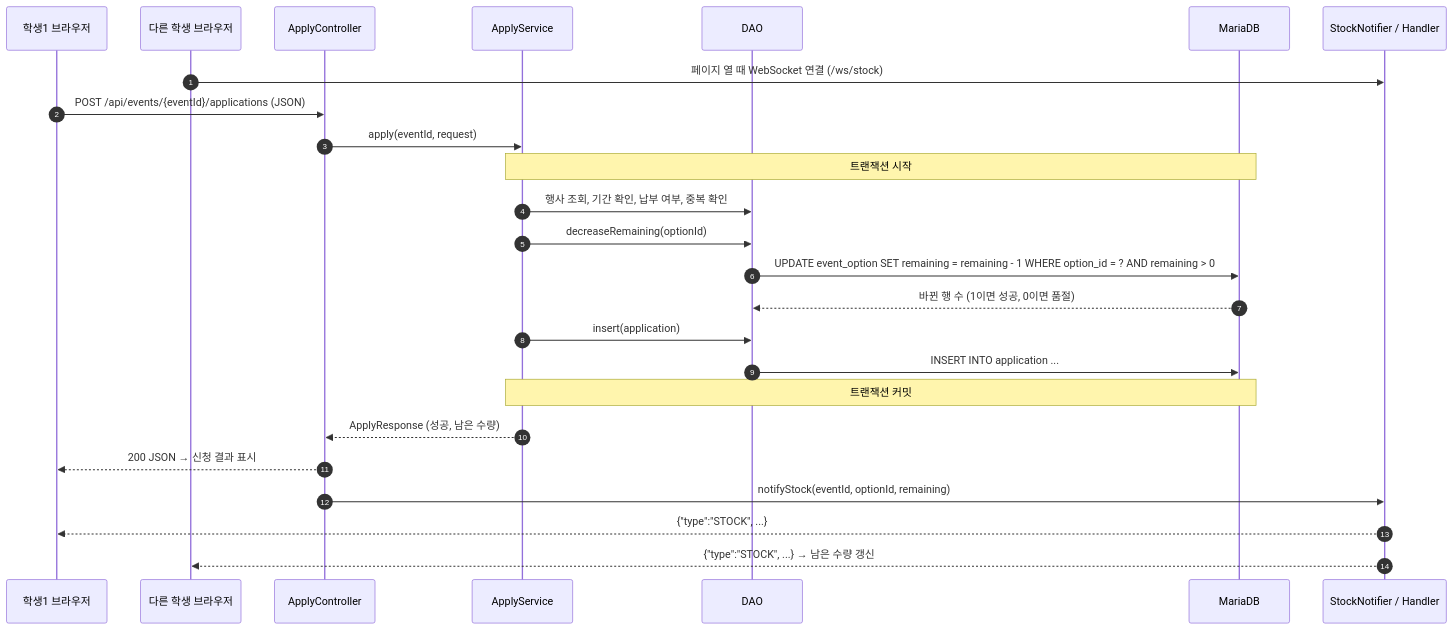
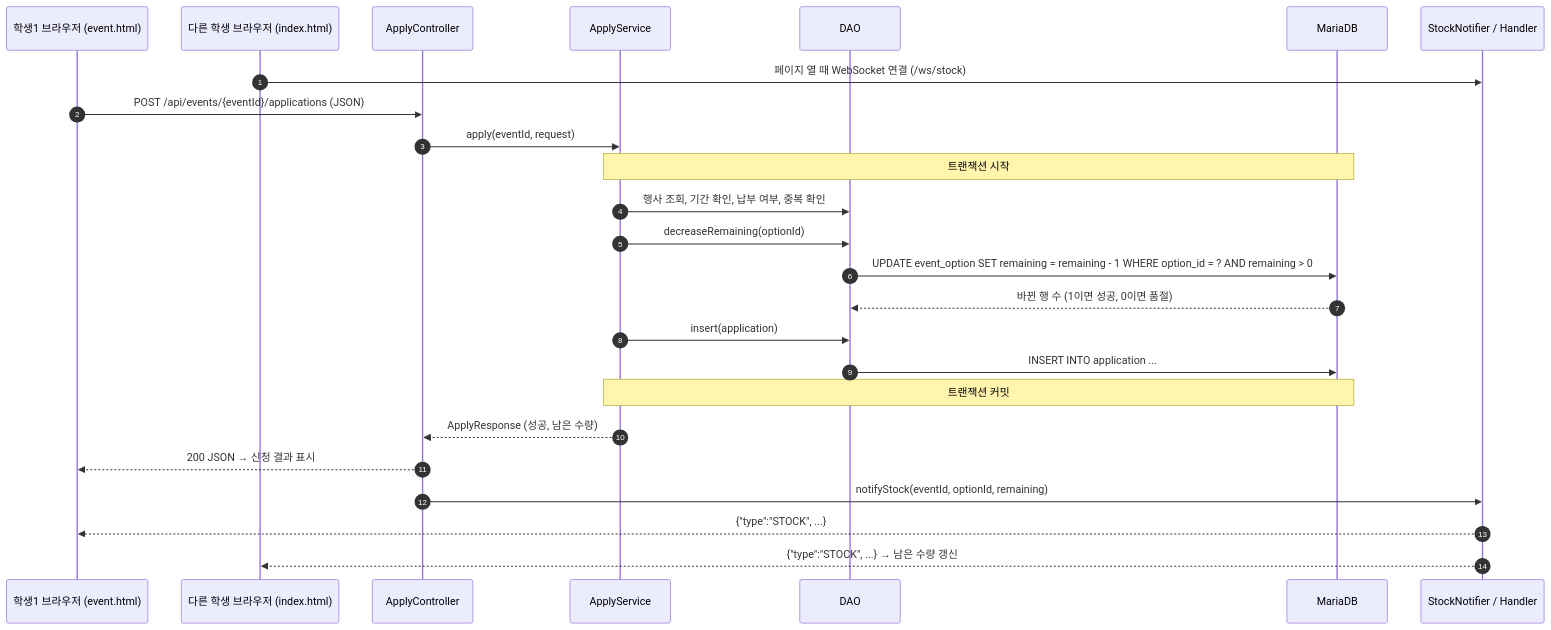
One commit to xeoucys/Coma changed the fourth of 4 diagrams in docs/design-system-structure.md. Above: the diagram before and after it, drawn with Mermaid. The commit also changed other lines of this file and 22 other files, not shown here.

````diff
--- a/docs/design-system-structure.md
+++ b/docs/design-system-structure.md
@@ -289,28 +320,28 @@
 ```mermaid
 sequenceDiagram
     autonumber
-    participant B1 as 학생1 브라우저
-    participant B2 as 다른 학생 브라우저
+    participant B1 as 학생1 브라우저 (event.html)
+    participant B2 as 다른 학생 브라우저 (index.html)
     participant C as ApplyController
     participant S as ApplyService
     participant D as DAO
     participant DB as MariaDB
     participant N as StockNotifier / Handler
 
     B2->>N: 페이지 열 때 WebSocket 연결 (/ws/stock)
     B1->>C: POST /api/events/{eventId}/applications (JSON)
     C->>S: apply(eventId, request)
     Note over S,DB: 트랜잭션 시작
     S->>D: 행사 조회, 기간 확인, 납부 여부, 중복 확인
     S->>D: decreaseRemaining(optionId)
     D->>DB: UPDATE event_option SET remaining = remaining - 1 WHERE option_id = ? AND remaining > 0
     DB-->>D: 바뀐 행 수 (1이면 성공, 0이면 품절)
     S->>D: insert(application)
     D->>DB: INSERT INTO application ...
     Note over S,DB: 트랜잭션 커밋
     S-->>C: ApplyResponse (성공, 남은 수량)
     C-->>B1: 200 JSON → 신청 결과 표시
     C->>N: notifyStock(eventId, optionId, remaining)
     N-->>B1: {"type":"STOCK", ...}
     N-->>B2: {"type":"STOCK", ...} → 남은 수량 갱신
 ```
````
